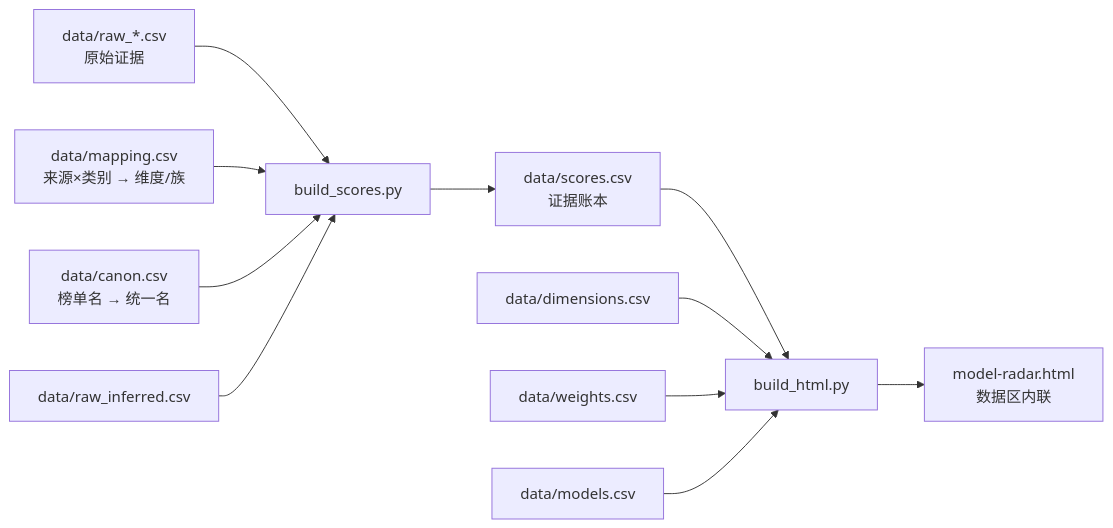
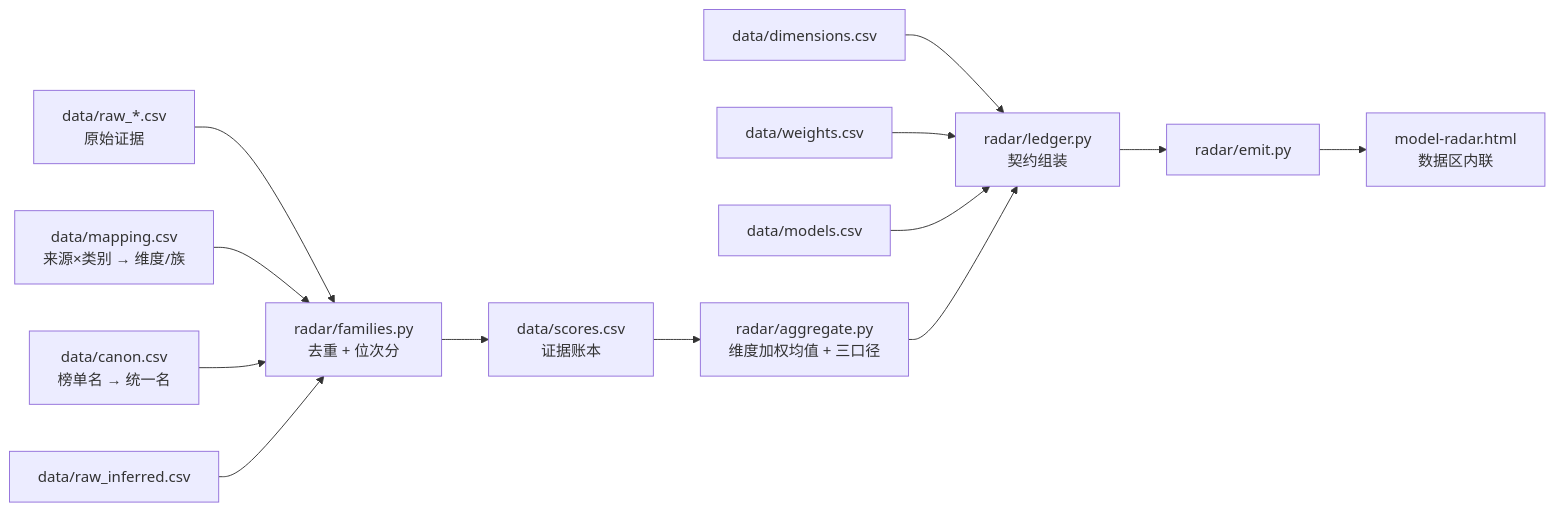
One commit to Brando-2077/model-radar changed the diagram in docs/architecture.md. Above: the diagram before and after it, drawn with Mermaid. The commit also changed other lines of this file and 27 other files, not shown here.

````diff
--- a/docs/architecture.md
+++ b/docs/architecture.md
@@ -44,13 +52,14 @@
 ```mermaid
 flowchart LR
-  RAW["data/raw_*.csv<br/>原始证据"] --> BS["build_scores.py"]
-  MAP["data/mapping.csv<br/>来源×类别 → 维度/族"] --> BS
-  CANON["data/canon.csv<br/>榜单名 → 统一名"] --> BS
-  BS --> SCORES["data/scores.csv<br/>证据账本"]
-  SCORES --> BH["build_html.py"]
-  DIMS["data/dimensions.csv"] --> BH
-  W["data/weights.csv"] --> BH
-  ROSTER["data/models.csv"] --> BH
-  INF["data/raw_inferred.csv"] --> BS
-  BH --> HTML["model-radar.html<br/>数据区内联"]
+  RAW["data/raw_*.csv<br/>原始证据"] --> FAM["radar/families.py<br/>去重 + 位次分"]
+  MAP["data/mapping.csv<br/>来源×类别 → 维度/族"] --> FAM
+  CANON["data/canon.csv<br/>榜单名 → 统一名"] --> FAM
+  INF["data/raw_inferred.csv"] --> FAM
+  FAM --> SCORES["data/scores.csv<br/>证据账本"]
+  SCORES --> AGG["radar/aggregate.py<br/>维度加权均值 + 三口径"]
+  DIMS["data/dimensions.csv"] --> LEDGER["radar/ledger.py<br/>契约组装"]
+  W["data/weights.csv"] --> LEDGER
+  ROSTER["data/models.csv"] --> LEDGER
+  AGG --> LEDGER
+  LEDGER --> EMIT["radar/emit.py"] --> HTML["model-radar.html<br/>数据区内联"]
 ```
````
